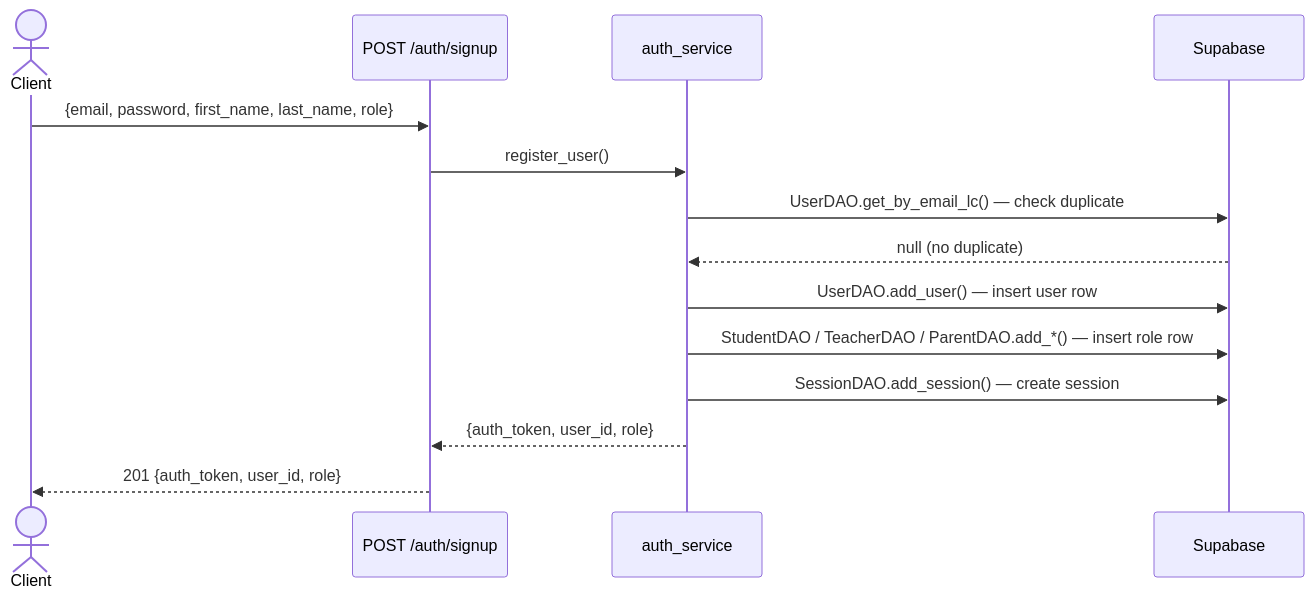
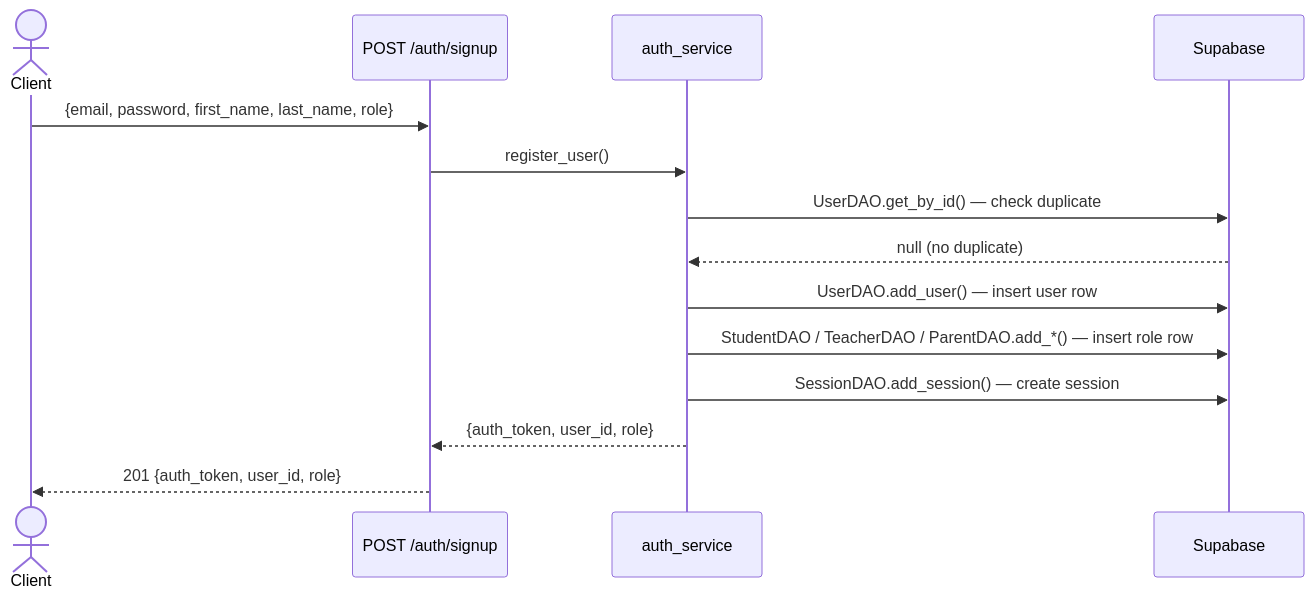
Before and after one commit to EduQuest-AI-Inc/eduquest-backend: the third of 22 diagrams in ARCHITECTURE.md, drawn with Mermaid. The commit also changed other lines of this file and 23 other files, not shown here.

````diff
--- a/ARCHITECTURE.md
+++ b/ARCHITECTURE.md
@@ -86,17 +86,17 @@
 ```mermaid
 sequenceDiagram
     actor C as Client
     participant R as POST /auth/signup
     participant S as auth_service
     participant DB as Supabase
 
     C->>R: {email, password, first_name, last_name, role}
     R->>S: register_user()
-    S->>DB: UserDAO.get_by_email_lc()  — check duplicate
+    S->>DB: UserDAO.get_by_id()  — check duplicate
     DB-->>S: null (no duplicate)
     S->>DB: UserDAO.add_user()  — insert user row
     S->>DB: StudentDAO / TeacherDAO / ParentDAO.add_*()  — insert role row
     S->>DB: SessionDAO.add_session()  — create session
     S-->>R: {auth_token, user_id, role}
     R-->>C: 201  {auth_token, user_id, role}
 ```
````
